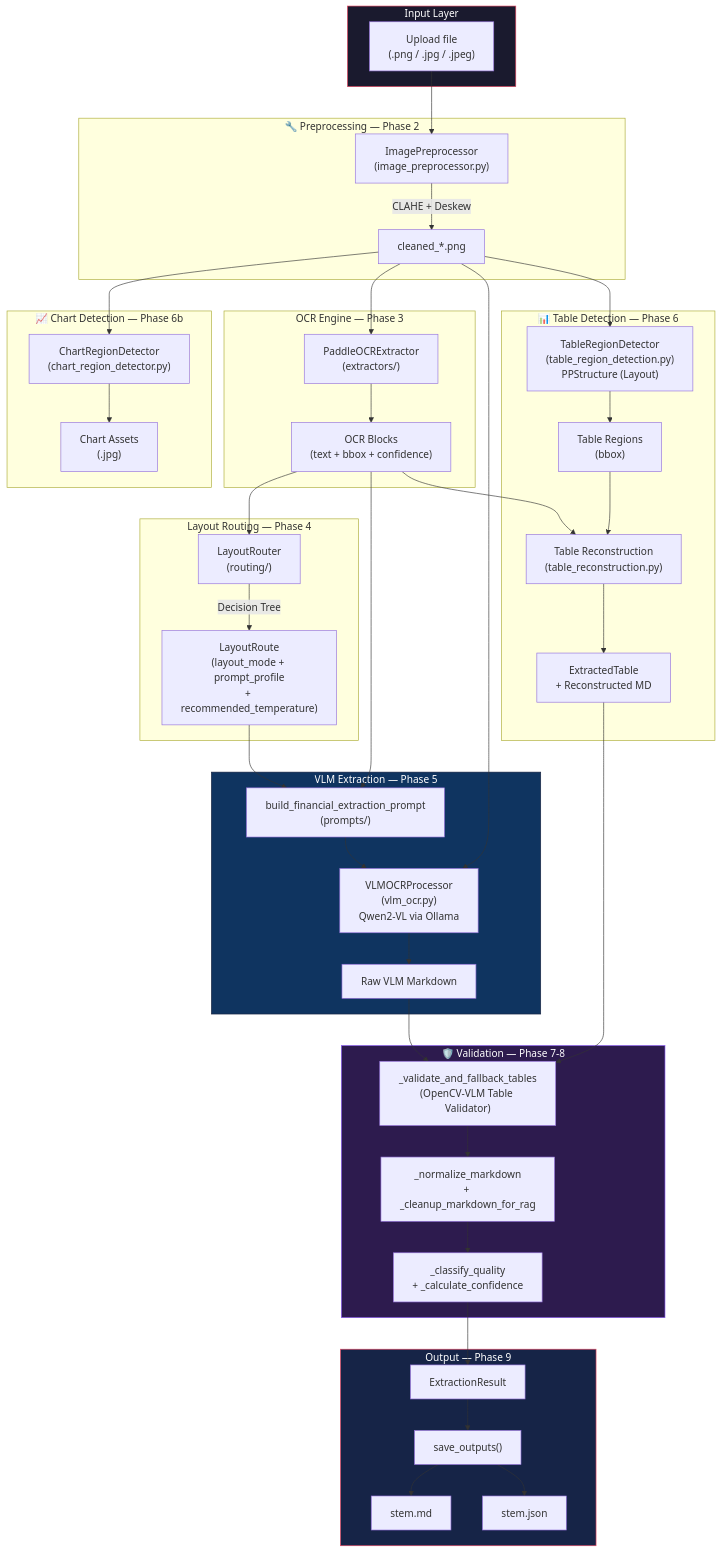
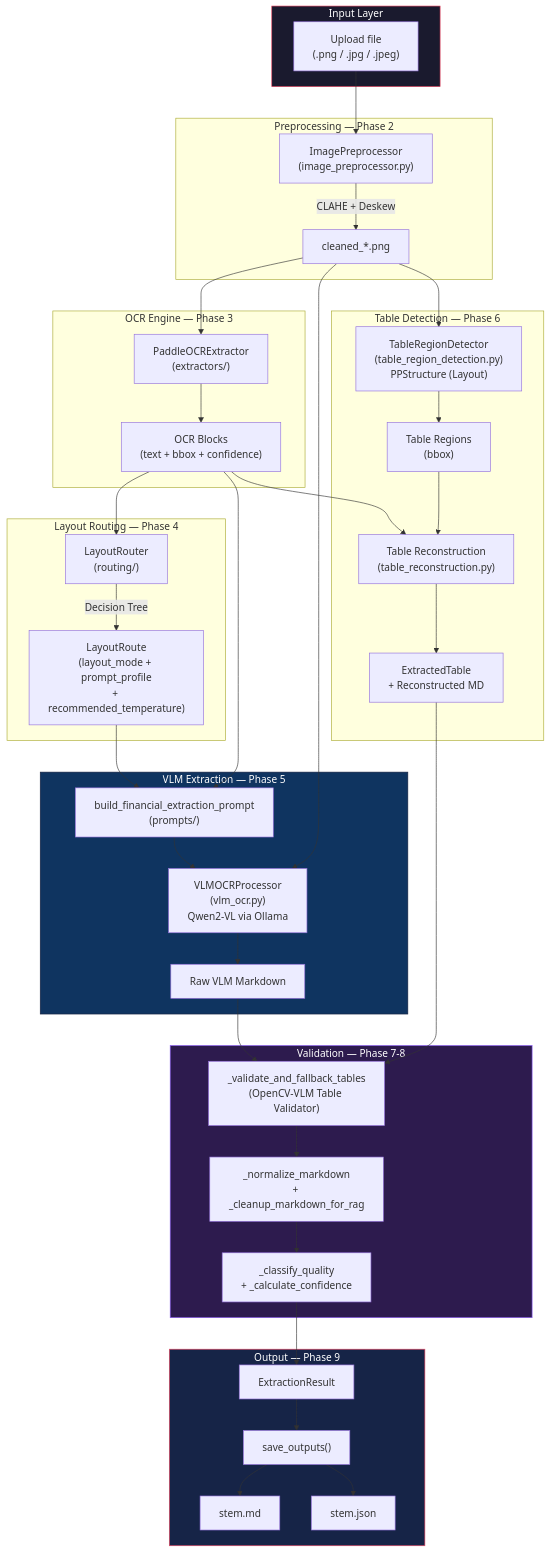
The second of 2 diagrams in src/ingestion/README.md (HoangKhang226/Doc-Anchor-AI), drawn with Mermaid before and after one commit. The commit also changed other lines of this file and 21 other files, not shown here.

````diff
--- a/src/ingestion/README.md
+++ b/src/ingestion/README.md
@@ -44,63 +42,58 @@
 ```mermaid
 flowchart TD
     subgraph INPUT[" Input Layer"]
         A["Upload file\n(.png / .jpg / .jpeg)"]
     end
 
-    subgraph PREPROCESS["🔧 Preprocessing — Phase 2"]
+    subgraph PREPROCESS["Preprocessing — Phase 2"]
         A --> D["ImagePreprocessor\n(image_preprocessor.py)"]
         D -->|"CLAHE + Deskew"| E["cleaned_*.png"]
     end
 
     subgraph OCR_ENGINE[" OCR Engine — Phase 3"]
         E --> F["PaddleOCRExtractor\n(extractors/)"]
         F --> G["OCR Blocks\n(text + bbox + confidence)"]
     end
 
     subgraph ROUTING[" Layout Routing — Phase 4"]
         G --> H["LayoutRouter\n(routing/)"]
         H -->|"Decision Tree"| I["LayoutRoute\n(layout_mode + prompt_profile\n+ recommended_temperature)"]
     end
 
-    subgraph TABLE_DETECT["📊 Table Detection — Phase 6"]
+    subgraph TABLE_DETECT["Table Detection — Phase 6"]
         E --> J["TableRegionDetector\n(table_region_detection.py)\nPPStructure (Layout)"]
         J --> K["Table Regions\n(bbox)"]
         G --> L["Table Reconstruction\n(table_reconstruction.py)"]
         K --> L
         L --> M["ExtractedTable\n+ Reconstructed MD"]
-    end
-
-    subgraph CHART_DETECT["📈 Chart Detection — Phase 6b"]
-        E --> U1["ChartRegionDetector\n(chart_region_detector.py)"]
-        U1 --> U2["Chart Assets\n(.jpg)"]
     end
 
     subgraph VLM[" VLM Extraction — Phase 5"]
         I --> N["build_financial_extraction_prompt\n(prompts/)"]
         G --> N
         N --> O["VLMOCRProcessor\n(vlm_ocr.py)\nQwen2-VL via Ollama"]
         E --> O
         O --> P["Raw VLM Markdown"]
     end
 
-    subgraph VALIDATE["🛡️ Validation — Phase 7-8"]
+    subgraph VALIDATE["Validation — Phase 7-8"]
         P --> Q["_validate_and_fallback_tables\n(OpenCV-VLM Table Validator)"]
         M --> Q
         Q --> R["_normalize_markdown\n+ _cleanup_markdown_for_rag"]
         R --> S["_classify_quality\n+ _calculate_confidence"]
     end
 
     subgraph OUTPUT[" Output — Phase 9"]
         S --> W["ExtractionResult"]
         W --> X["save_outputs()"]
         X --> Y[" stem.md"]
         X --> Z[" stem.json"]
     end
 
 
 
     style INPUT fill:#1a1a2e,stroke:#e94560,color:#fff
     style VLM fill:#0f3460,stroke:#16213e,color:#fff
     style OUTPUT fill:#162447,stroke:#e94560,color:#fff
     style VALIDATE fill:#2d1b4e,stroke:#8b5cf6,color:#fff
 ```
````
